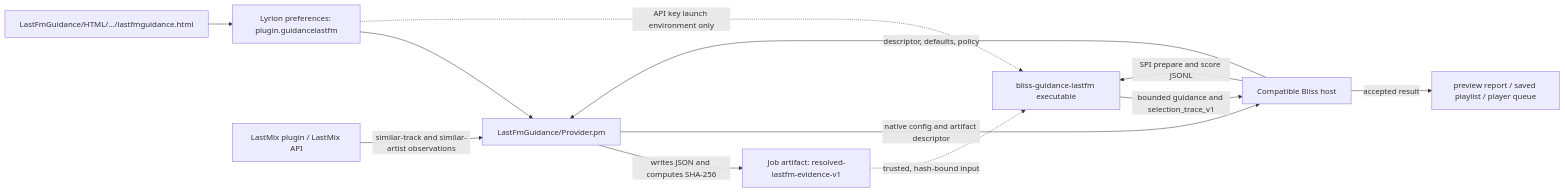
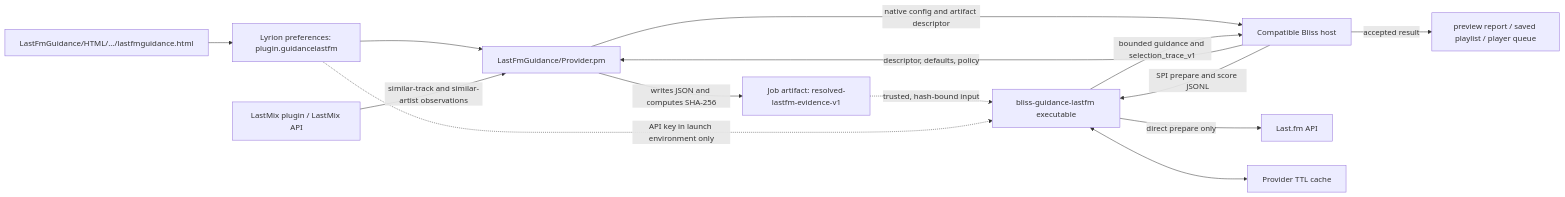
One commit to chrober/lms-guidance-lastfm changed the first of 2 diagrams in README.md. Above: the diagram before and after it, drawn with Mermaid. The commit also changed other lines of this file, not shown here.

Commit message:
docs: describe direct Last.fm acquisition

````diff
--- a/README.md
+++ b/README.md
@@ -45,14 +43,16 @@
 ```mermaid
 flowchart LR
     Settings["LastFmGuidance/HTML/.../lastfmguidance.html"] --> Prefs["Lyrion preferences: plugin.guidancelastfm"]
     Prefs --> Perl["LastFmGuidance/Provider.pm"]
     Host["Compatible Bliss host"] -->|descriptor, defaults, policy| Perl
     LastMix["LastMix plugin / LastMix API"] -->|similar-track and similar-artist observations| Perl
     Perl -->|writes JSON and computes SHA-256| Artifact["Job artifact: resolved-lastfm-evidence-v1"]
     Perl -->|native config and artifact descriptor| Host
     Host -->|SPI prepare and score JSONL| Native["bliss-guidance-lastfm executable"]
     Artifact -.->|trusted, hash-bound input| Native
+    Native -->|direct prepare only| LastFm["Last.fm API"]
+    Native <--> Cache["Provider TTL cache"]
     Native -->|bounded guidance and selection_trace_v1| Host
     Host -->|accepted result| Sinks["preview report / saved playlist / player queue"]
-    Prefs -.->|API key launch environment only| Native
+    Prefs -.->|API key in launch environment only| Native
 ```
````
